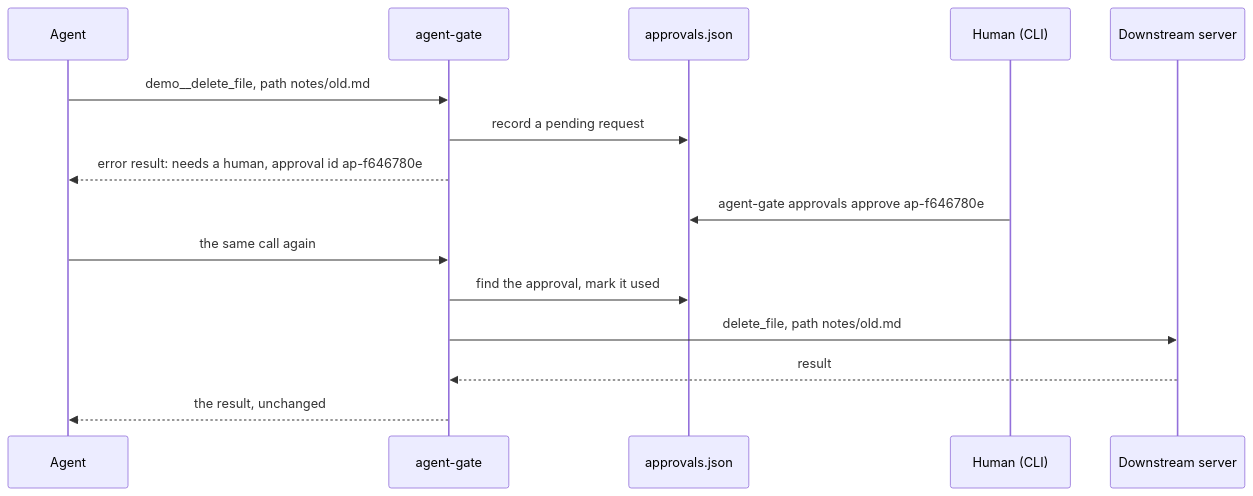
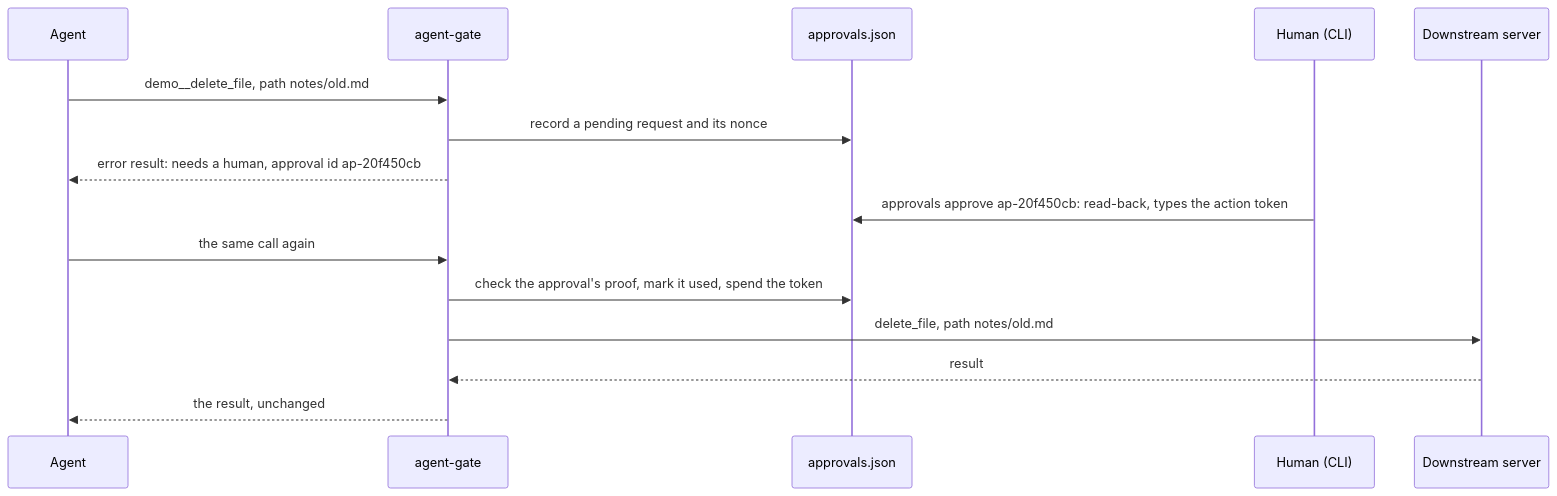
The second of 4 diagrams in README.md (bobbyhin/agent-gate), drawn with Mermaid before and after one commit. The commit also changed other lines of this file and 27 other files, not shown here.

````diff
--- a/README.md
+++ b/README.md
@@ -617,17 +624,17 @@
 ```mermaid
 sequenceDiagram
     participant A as Agent
     participant G as agent-gate
     participant Q as approvals.json
     participant H as Human (CLI)
     participant D as Downstream server
     A->>G: demo__delete_file, path notes/old.md
-    G->>Q: record a pending request
-    G-->>A: error result: needs a human, approval id ap-f646780e
-    H->>Q: agent-gate approvals approve ap-f646780e
+    G->>Q: record a pending request and its nonce
+    G-->>A: error result: needs a human, approval id ap-20f450cb
+    H->>Q: approvals approve ap-20f450cb: read-back, types the action token
     A->>G: the same call again
-    G->>Q: find the approval, mark it used
+    G->>Q: check the approval's proof, mark it used, spend the token
     G->>D: delete_file, path notes/old.md
     D-->>G: result
     G-->>A: the result, unchanged
 ```
````
